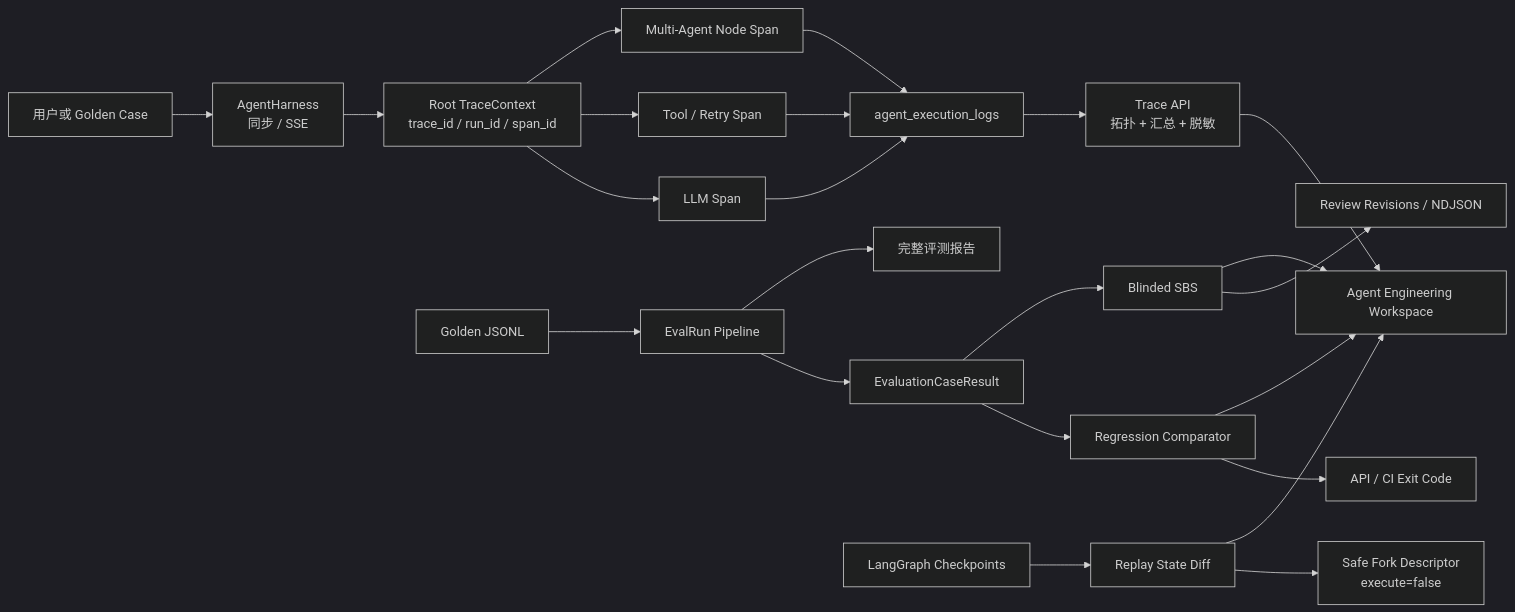
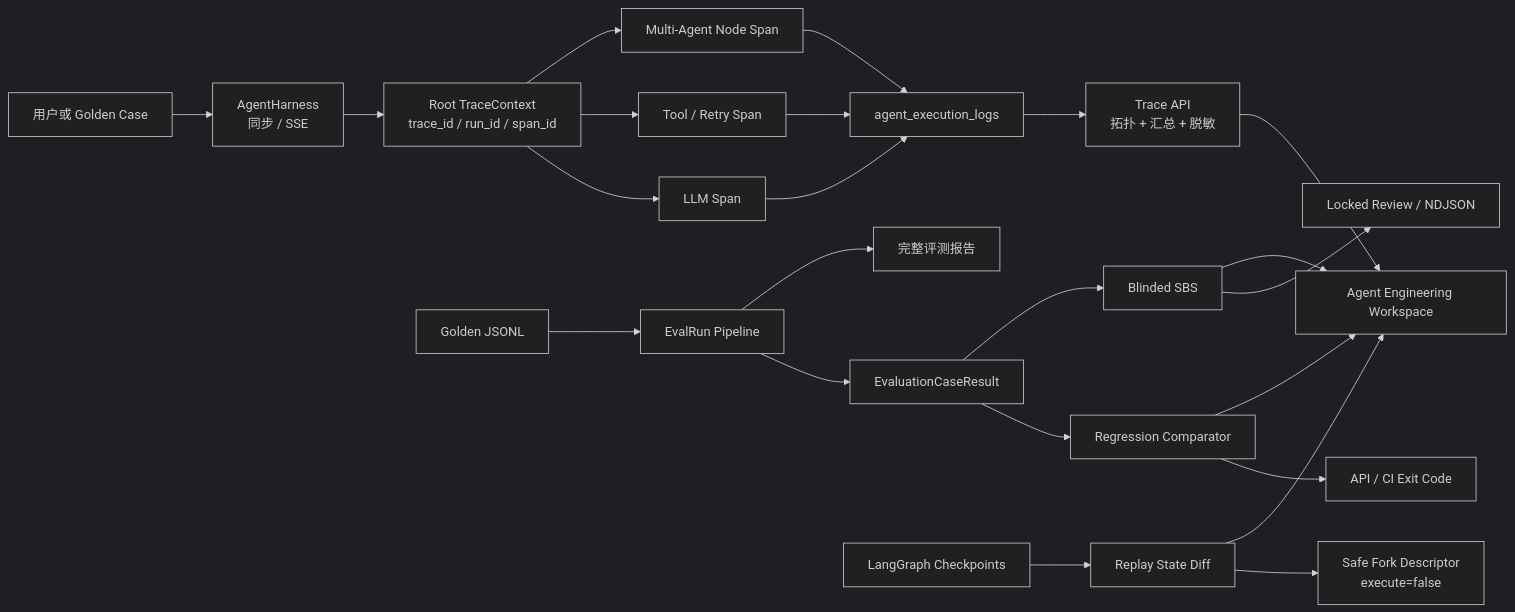
The first of 5 diagrams in Agent工程平台建设报告.md (YachuanWzh/huamulan-agent), drawn with Mermaid (dark theme) before and after one commit. The commit also changed other lines of this file and 10 other files, not shown here.

````diff
--- a/Agent工程平台建设报告.md
+++ b/Agent工程平台建设报告.md
@@ -68,27 +68,27 @@
 ```mermaid
 flowchart LR
     User["用户或 Golden Case"] --> Harness["AgentHarness\n同步 / SSE"]
     Harness --> Root["Root TraceContext\ntrace_id / run_id / span_id"]
     Root --> LLM["LLM Span"]
     Root --> Tool["Tool / Retry Span"]
     Root --> MA["Multi-Agent Node Span"]
     LLM --> Logs["agent_execution_logs"]
     Tool --> Logs
     MA --> Logs
     Logs --> TraceAPI["Trace API\n拓扑 + 汇总 + 脱敏"]
     TraceAPI --> UI["Agent Engineering Workspace"]
 
     Dataset["Golden JSONL"] --> Eval["EvalRun Pipeline"]
     Eval --> Cases["EvaluationCaseResult"]
     Eval --> Report["完整评测报告"]
     Cases --> Compare["Regression Comparator"]
     Compare --> Gate["API / CI Exit Code"]
     Cases --> SBS["Blinded SBS"]
-    SBS --> Preference["Review Revisions / NDJSON"]
+    SBS --> Preference["Locked Review / NDJSON"]
 
     Checkpoint["LangGraph Checkpoints"] --> Diff["Replay State Diff"]
     Diff --> Fork["Safe Fork Descriptor\nexecute=false"]
     Diff --> UI
     Compare --> UI
     SBS --> UI
 ```
````
